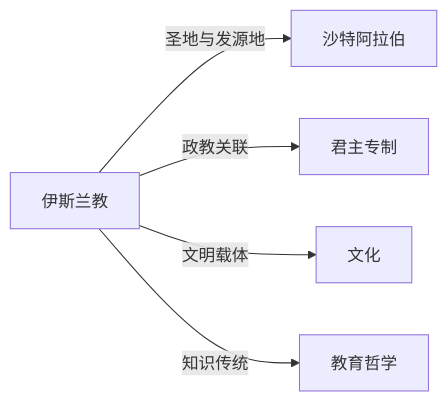
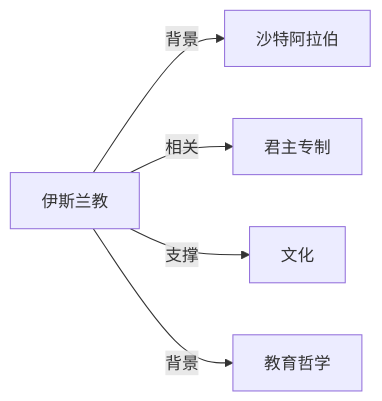
One commit to KIMMCHOW/MyKnowledge changed the diagram in Knowledge/Concepts/宗教/伊斯兰教.md. Above: the diagram before and after it, drawn with Mermaid. The commit also changed 95 other files, not shown here.

Commit message:
reorganize: 统一关系图边标签为11类

````diff
--- a/Knowledge/Concepts/宗教/伊斯兰教.md
+++ b/Knowledge/Concepts/宗教/伊斯兰教.md
@@ -44,7 +44,7 @@
 ```mermaid
 graph LR
-伊斯兰教 -->|圣地与发源地| 沙特阿拉伯
-伊斯兰教 -->|政教关联| 君主专制
-伊斯兰教 -->|文明载体| 文化
-伊斯兰教 -->|知识传统| 教育哲学
+伊斯兰教 -->|背景| 沙特阿拉伯
+伊斯兰教 -->|相关| 君主专制
+伊斯兰教 -->|支撑| 文化
+伊斯兰教 -->|背景| 教育哲学
 ```
````
